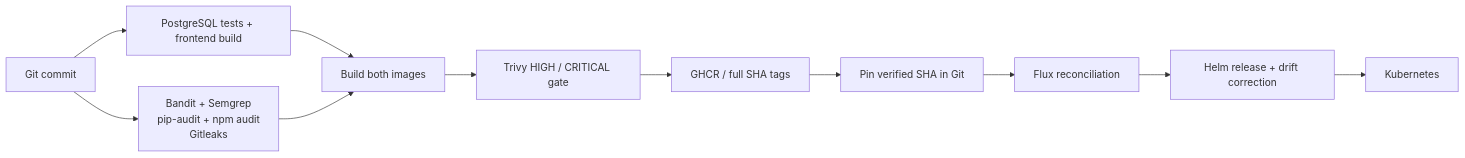
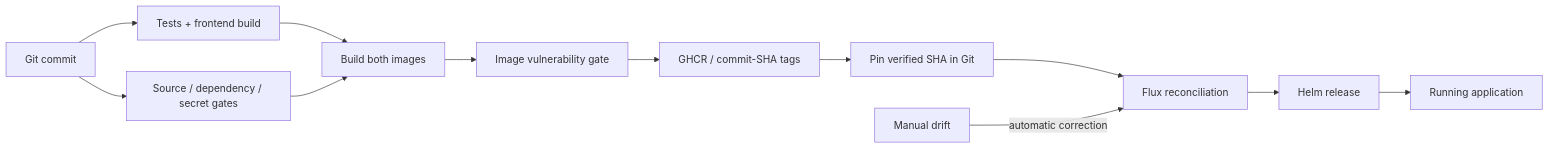
The second of 2 diagrams in README.md (NoteLegend/devOps-TaskBoard), drawn with Mermaid before and after one commit. The commit also changed other lines of this file and 26 other files, not shown here.

````diff
--- a/README.md
+++ b/README.md
@@ -58,13 +49,14 @@
 ```mermaid
 flowchart LR
-  Commit[Git commit] --> Tests[PostgreSQL tests + frontend build]
-  Commit --> Security[Bandit + Semgrep<br/>pip-audit + npm audit<br/>Gitleaks]
-  Tests --> Images[Build both images]
-  Security --> Images
-  Images --> Trivy[Trivy HIGH / CRITICAL gate]
-  Trivy --> GHCR[GHCR / full SHA tags]
-  GHCR --> Review[Pin verified SHA in Git]
-  Review --> Flux[Flux reconciliation]
-  Flux --> Helm[Helm release + drift correction]
-  Helm --> K8s[Kubernetes]
+  Git[Git commit] --> Tests[Tests + frontend build]
+  Git --> Security[Source / dependency / secret gates]
+  Tests --> Build[Build both images]
+  Security --> Build
+  Build --> Trivy[Image vulnerability gate]
+  Trivy --> Registry[GHCR / commit-SHA tags]
+  Registry --> Promote[Pin verified SHA in Git]
+  Promote --> Flux[Flux reconciliation]
+  Flux --> Helm[Helm release]
+  Helm --> App[Running application]
+  Drift[Manual drift] -->|automatic correction| Flux
 ```
````
